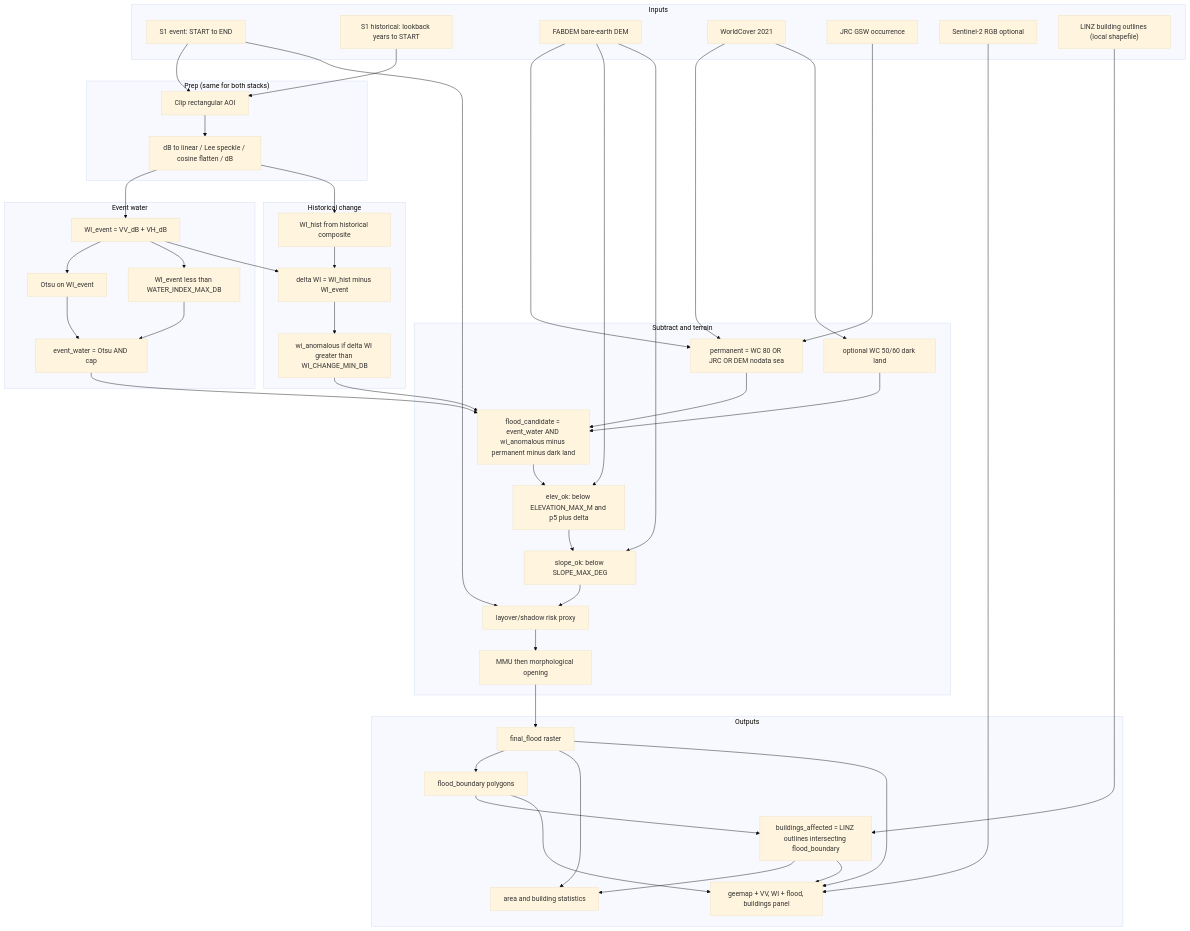
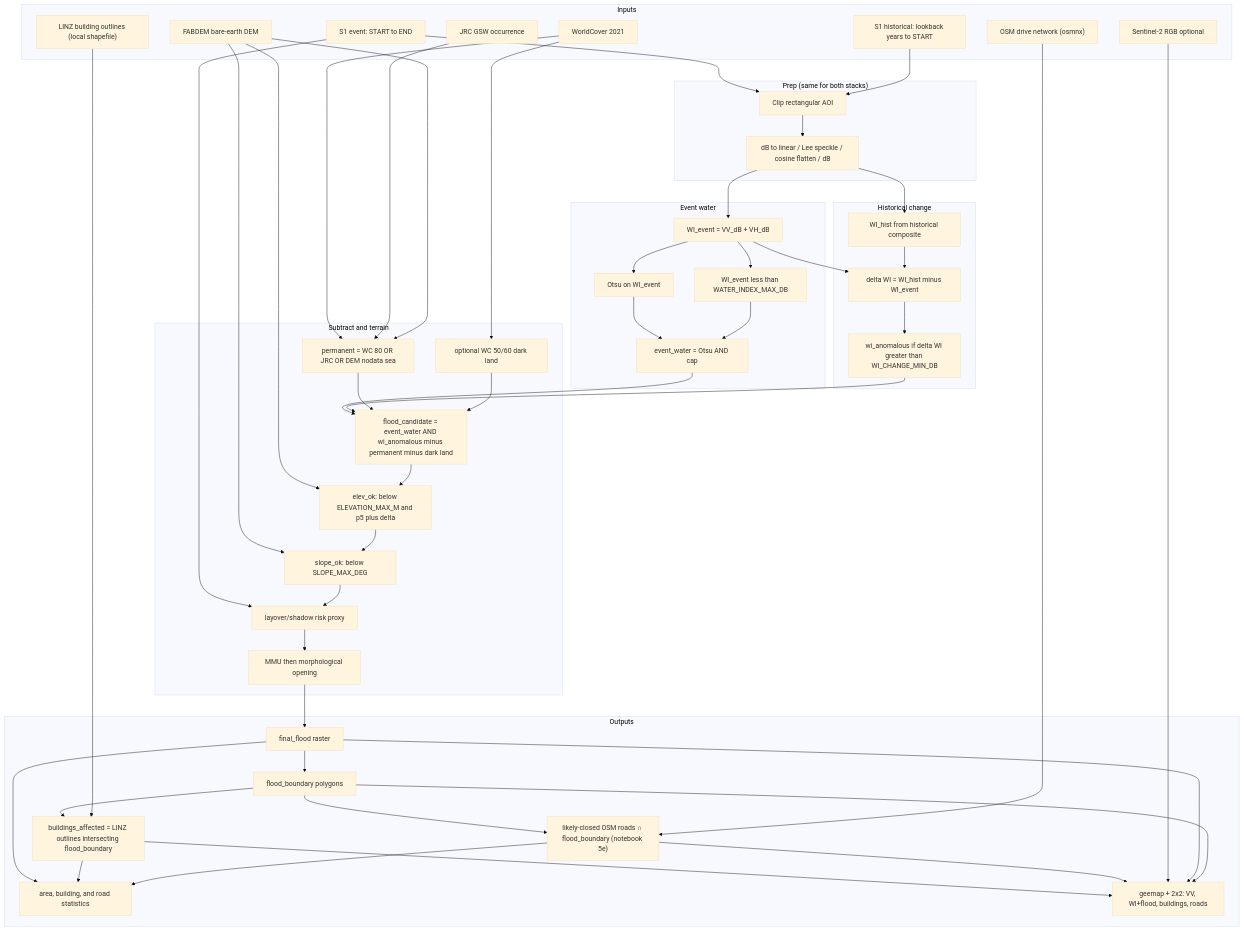
One commit to uoa-gis/GIS changed the diagram in README.md. Above: the diagram before and after it, drawn with Mermaid (base theme). The commit also changed other lines of this file and 8 other files, not shown here.

Commit message:
osm-road-finish

````diff
--- a/README.md
+++ b/README.md
@@ -108,73 +143,79 @@
 ```mermaid
 flowchart TD
   subgraph IN["Inputs"]
     S1E["S1 event: START to END"]
     S1H["S1 historical: lookback years to START"]
     DEM["FABDEM bare-earth DEM"]
     WC["WorldCover 2021"]
     JRC["JRC GSW occurrence"]
     S2["Sentinel-2 RGB optional"]
     LINZ["LINZ building outlines (local shapefile)"]
+    OSM["OSM drive network (osmnx)"]
   end
   subgraph PRE["Prep (same for both stacks)"]
     CLIP["Clip rectangular AOI"]
     LEE["dB to linear / Lee speckle / cosine flatten / dB"]
   end
   subgraph WTR["Event water"]
     WI["WI_event = VV_dB + VH_dB"]
     OTSU["Otsu on WI_event"]
     CAP["WI_event less than WATER_INDEX_MAX_DB"]
     EW["event_water = Otsu AND cap"]
   end
   subgraph CHG["Historical change"]
     WIH["WI_hist from historical composite"]
     DLT["delta WI = WI_hist minus WI_event"]
     ANO["wi_anomalous if delta WI greater than WI_CHANGE_MIN_DB"]
   end
   subgraph MASK["Subtract and terrain"]
     PERM["permanent = WC 80 OR JRC OR DEM nodata sea"]
     DARK["optional WC 50/60 dark land"]
     CAND["flood_candidate = event_water AND wi_anomalous minus permanent minus dark land"]
     ELEV["elev_ok: below ELEVATION_MAX_M and p5 plus delta"]
     SLP["slope_ok: below SLOPE_MAX_DEG"]
     LAY["layover/shadow risk proxy"]
     MMU["MMU then morphological opening"]
   end
   subgraph OUT["Outputs"]
     FF["final_flood raster"]
     POLY["flood_boundary polygons"]
     BLD["buildings_affected = LINZ outlines intersecting flood_boundary"]
-    STAT["area and building statistics"]
-    MAP["geemap + VV, WI + flood, buildings panel"]
+    RD["likely-closed OSM roads ∩ flood_boundary (notebook 5e)"]
+    STAT["area, building, and road statistics"]
+    MAP["geemap + 2x2: VV, WI+flood, buildings, roads"]
   end
   S1E --> CLIP
   S1H --> CLIP
   CLIP --> LEE
   LEE --> WI
   LEE --> WIH
   WI --> OTSU --> EW
   WI --> CAP --> EW
   WIH --> DLT
   WI --> DLT --> ANO
   WC --> PERM
   JRC --> PERM
   DEM --> PERM
   WC --> DARK
   EW --> CAND
   ANO --> CAND
   PERM --> CAND
   DARK --> CAND
   DEM --> ELEV
   DEM --> SLP
   S1E --> LAY
   CAND --> ELEV --> SLP --> LAY --> MMU --> FF
   FF --> POLY
   FF --> STAT
   POLY --> BLD
   LINZ --> BLD
+  POLY --> RD
+  OSM --> RD
   BLD --> STAT
+  RD --> STAT
   BLD --> MAP
+  RD --> MAP
   S2 --> MAP
   FF --> MAP
   POLY --> MAP
 ```
````
